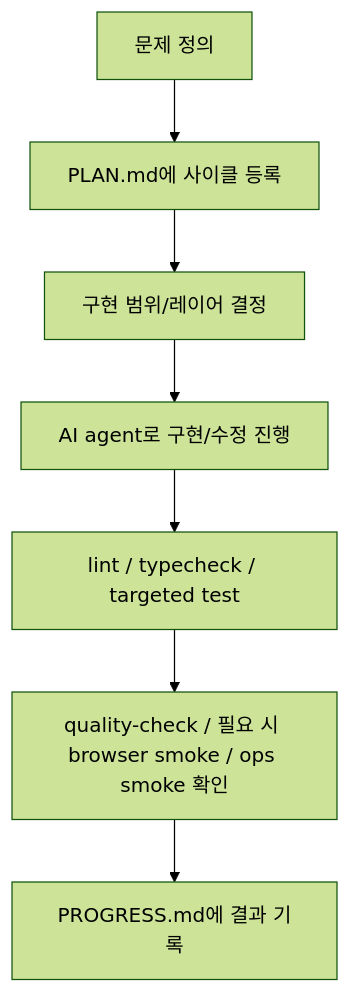
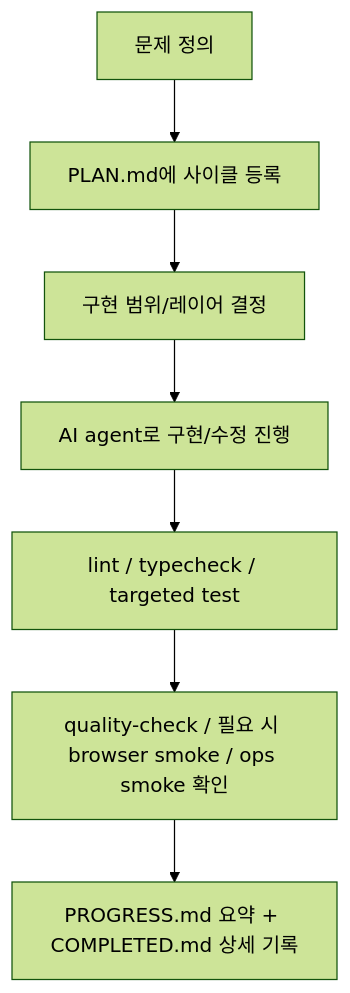
The diagram in blog/23-how-ai-agents-were-used-in-real-development.md (answndud/townpet), drawn with Mermaid (forest theme) before and after one commit. The commit also changed other lines of this file and 206 other files, not shown here.

````diff
--- a/blog/23-how-ai-agents-were-used-in-real-development.md
+++ b/blog/23-how-ai-agents-were-used-in-real-development.md
@@ -89,9 +90,9 @@
 ```mermaid
 flowchart TD
   A["문제 정의"] --> B["PLAN.md에 사이클 등록"]
   B --> C["구현 범위/레이어 결정"]
   C --> D["AI agent로 구현/수정 진행"]
   D --> E["lint / typecheck / targeted test"]
   E --> F["quality-check / 필요 시 browser smoke / ops smoke 확인"]
-  F --> G["PROGRESS.md에 결과 기록"]
+  F --> G["PROGRESS.md 요약 + COMPLETED.md 상세 기록"]
 ```
````
